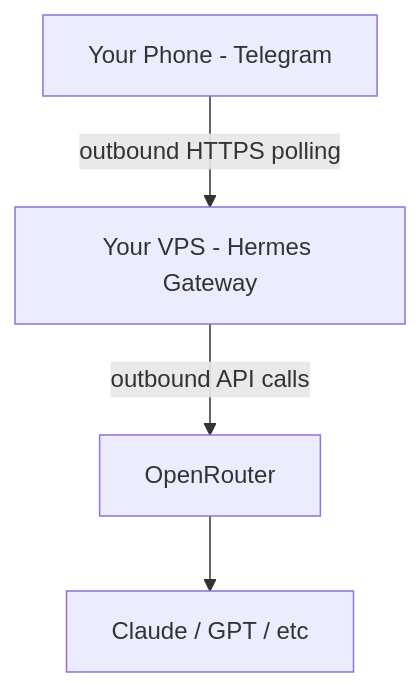
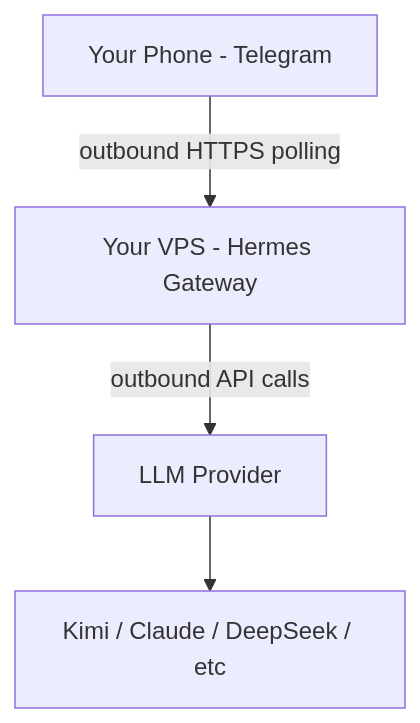
One commit to sripwoud/auberge changed the diagram in docs/applications/apps/hermes.md. Above: the diagram before and after it, drawn with Mermaid. The commit also changed other lines of this file and 5 other files, not shown here.

First line of the commit message:
feat(hermes): make LLM provider configurable instead of hardcoding OpenRouter

````diff
--- a/docs/applications/apps/hermes.md
+++ b/docs/applications/apps/hermes.md
@@ -7,6 +7,6 @@
 ```mermaid
 flowchart TD
     A[Your Phone - Telegram] -->|outbound HTTPS polling| B[Your VPS - Hermes Gateway]
-    B -->|outbound API calls| C[OpenRouter]
-    C --> D[Claude / GPT / etc]
+    B -->|outbound API calls| C[LLM Provider]
+    C --> D[Kimi / Claude / DeepSeek / etc]
 ```
````
